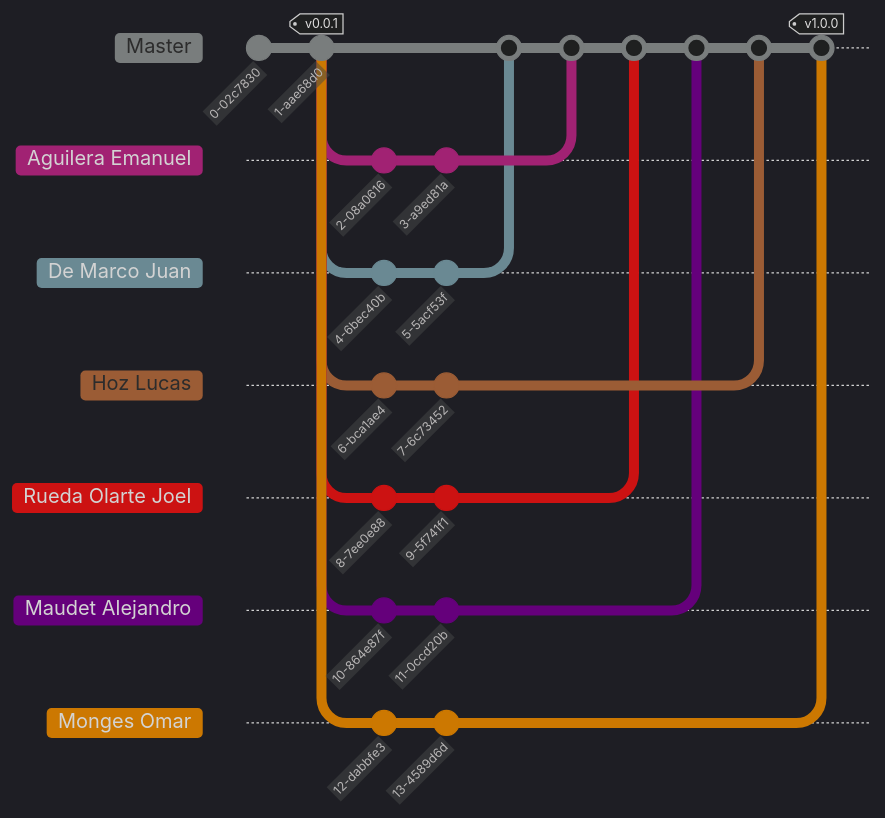
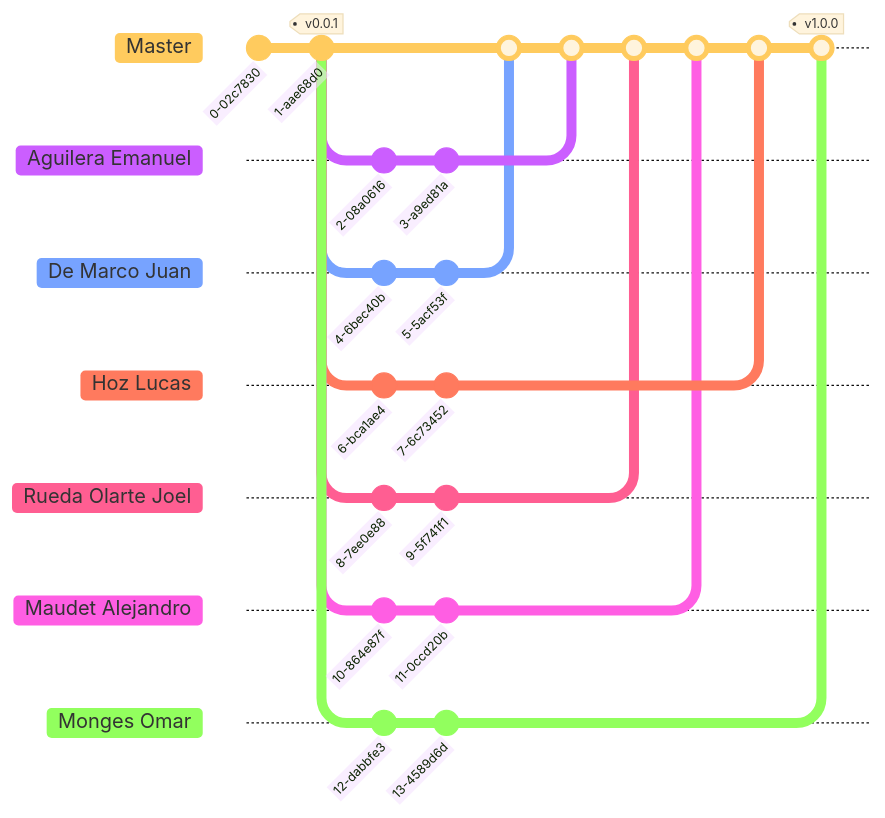
One commit to hozlucas28/Java-Practical-Work-2025 changed the second of 2 diagrams in README.md. Above: the diagram before and after it, drawn with Mermaid. The commit also changed other lines of this file, not shown here. Commit ids are hidden.

````diff
--- a/README.md
+++ b/README.md
@@ -170,46 +168,45 @@
 ```mermaid
 ---
 config:
   logLevel: debug
-  theme: dark
+  theme: base
   gitGraph:
     showBranches: true
     showCommitLabel: true
     mainBranchName: Master
     parallelCommits: true
 ---
 gitGraph:
         commit
         commit tag: "v0.0.1"
         branch "Aguilera Emanuel"
         commit
         commit
         checkout Master
         branch "De Marco Juan"
         commit
         commit
         checkout Master
         branch "Hoz Lucas"
         commit
         commit
         checkout Master
         branch "Rueda Olarte Joel"
         commit
         commit
         checkout Master
         branch "Maudet Alejandro"
         commit
         commit
         checkout Master
         branch "Monges Omar"
         commit
         commit
         checkout Master
         merge "De Marco Juan"
         merge "Aguilera Emanuel"
         merge "Rueda Olarte Joel"
         merge "Maudet Alejandro"
         merge "Hoz Lucas"
         merge "Monges Omar" tag: "v1.0.0"
-
 ```
````
